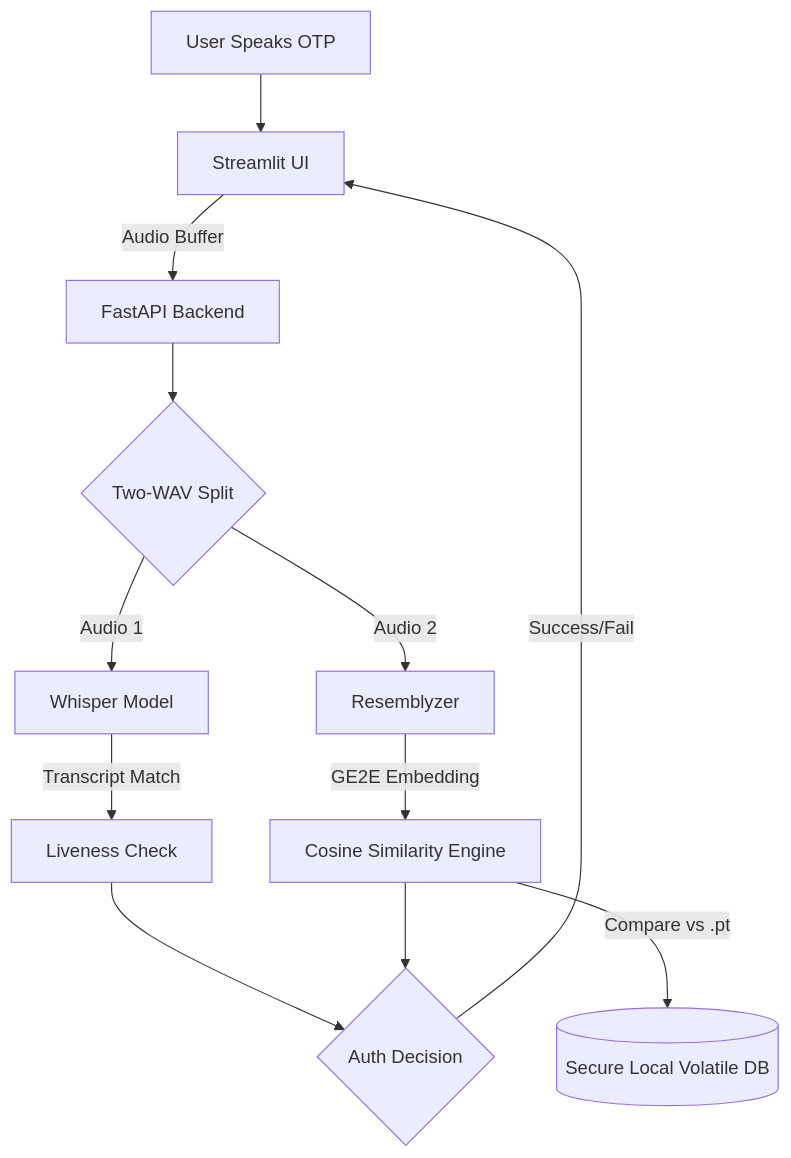
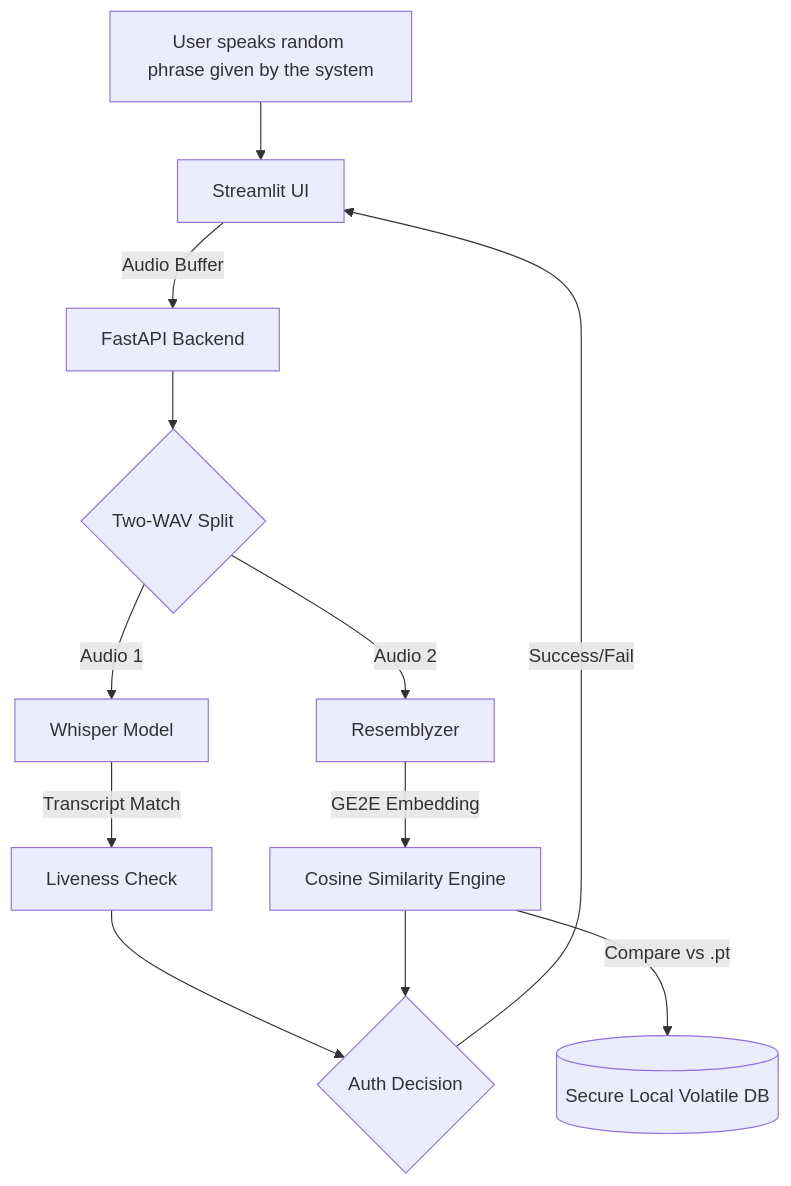
One commit to KinjalAbrol/VoiceGuard_AI changed the diagram in README.md. Above: the diagram before and after it, drawn with Mermaid.

````diff
--- a/README.md
+++ b/README.md
@@ -37,14 +37,14 @@
 ```mermaid
 graph TD;
-    A[User Speaks OTP] --> B[Streamlit UI];
+    A[User speaks random phrase given by the system] --> B[Streamlit UI];
     B -->|Audio Buffer| C[FastAPI Backend];
     C --> D{Two-WAV Split};
     D -->|Audio 1| E[Whisper Model];
     E -->|Transcript Match| F[Liveness Check];
     D -->|Audio 2| G[Resemblyzer];
     G -->|GE2E Embedding| H[Cosine Similarity Engine];
     H -->|Compare vs .pt| I[(Secure Local Volatile DB)];
     F --> J{Auth Decision};
     H --> J;
     J -->|Success/Fail| B;
 ```
````
